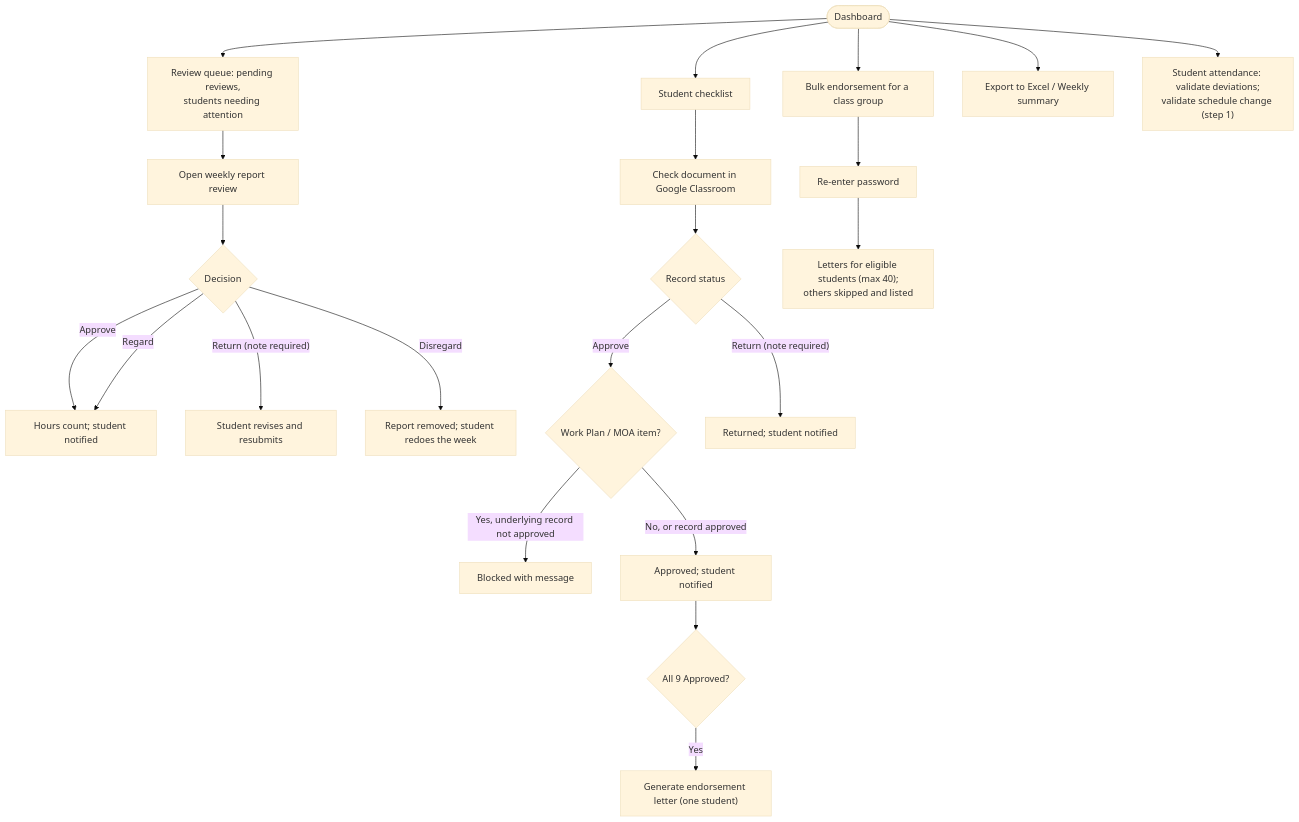
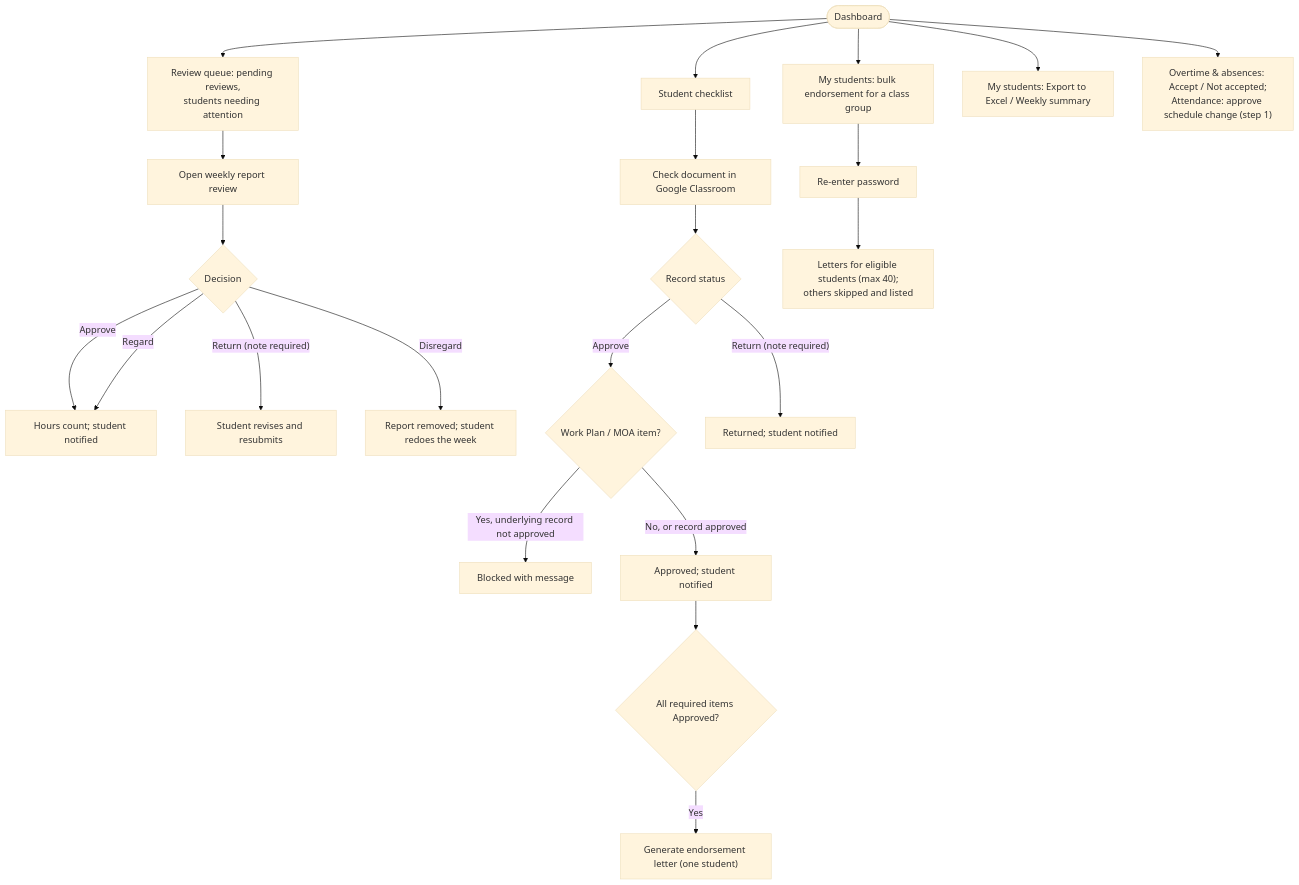
One commit to team-beacon-slu/idsms-cis changed the fourth of 21 diagrams in docs/system/13-app-flow.md. Above: the diagram before and after it, drawn with Mermaid (base theme). The commit also changed other lines of this file and 21 other files, not shown here.

````diff
--- a/docs/system/13-app-flow.md
+++ b/docs/system/13-app-flow.md
@@ -179,24 +195,24 @@
 ```mermaid
 flowchart TD
     F0([Dashboard]) --> F1["Review queue: pending reviews,<br/>students needing attention"]
     F1 --> F2["Open weekly report review"]
     F2 --> F3{Decision}
     F3 -- Approve --> F4["Hours count; student notified"]
     F3 -- Regard --> F4
     F3 -- "Return (note required)" --> F5["Student revises and resubmits"]
     F3 -- Disregard --> F6["Report removed; student redoes the week"]
     F0 --> C1["Student checklist"]
     C1 --> C2["Check document in Google Classroom"]
     C2 --> C3{Record status}
     C3 -- Approve --> C4{"Work Plan / MOA item?"}
     C4 -- "Yes, underlying record not approved" --> C5["Blocked with message"]
     C4 -- "No, or record approved" --> C6["Approved; student notified"]
     C3 -- "Return (note required)" --> C7["Returned; student notified"]
-    C6 --> E1{"All 9 Approved?"}
+    C6 --> E1{"All required items Approved?"}
     E1 -- Yes --> E2["Generate endorsement letter (one student)"]
-    F0 --> E3["Bulk endorsement for a class group"]
+    F0 --> E3["My students: bulk endorsement for a class group"]
     E3 --> E4["Re-enter password"]
     E4 --> E5["Letters for eligible students (max 40);<br/>others skipped and listed"]
-    F0 --> X1["Export to Excel / Weekly summary"]
-    F0 --> A1["Student attendance: validate deviations;<br/>validate schedule change (step 1)"]
+    F0 --> X1["My students: Export to Excel / Weekly summary"]
+    F0 --> A1["Overtime & absences: Accept / Not accepted;<br/>Attendance: approve schedule change (step 1)"]
 ```
````
